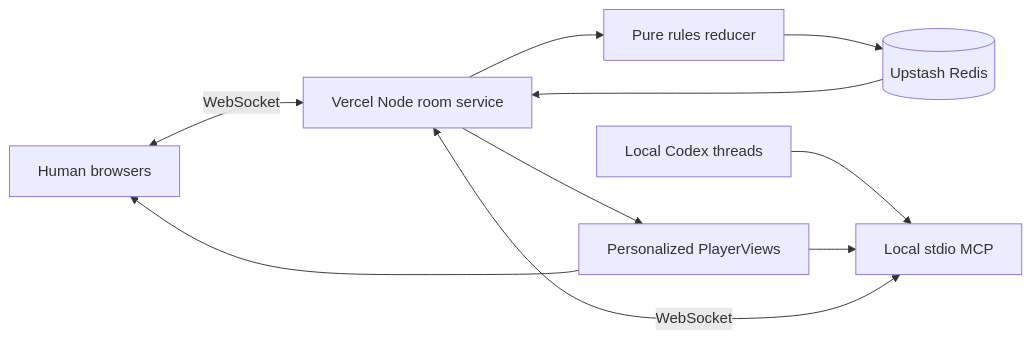
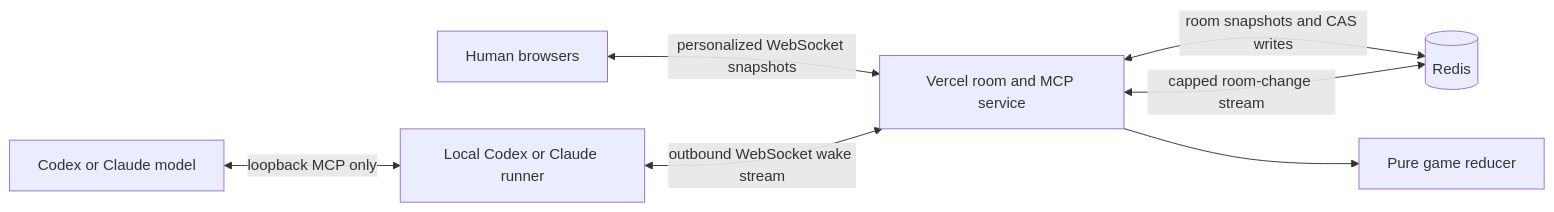
The diagram in docs/ARCHITECTURE.md (nawwwal/katan-agents), drawn with Mermaid before and after one commit. The commit also changed other lines of this file and 23 other files, not shown here.

Commit message:
feat: ship hosted MCP and live agent runner

````diff
--- a/docs/ARCHITECTURE.md
+++ b/docs/ARCHITECTURE.md
@@ -9,12 +12,9 @@
-```mermaid
+~~~mermaid
 flowchart LR
-  Humans[Human browsers] <-->|WebSocket| Server[Vercel Node room service]
-  Codex[Local Codex threads] --> MCP[Local stdio MCP]
-  MCP <-->|WebSocket| Server
-  Server --> Engine[Pure rules reducer]
-  Engine --> Redis[(Upstash Redis)]
-  Redis --> Server
-  Server --> Views[Personalized PlayerViews]
-  Views --> Humans
-  Views --> MCP
-```
+  H[Human browsers] <-->|personalized WebSocket snapshots| V[Vercel room and MCP service]
+  R[Local Codex or Claude runner] <-->|outbound WebSocket wake stream| V
+  M[Codex or Claude model] <-->|loopback MCP only| R
+  V <-->|room snapshots and CAS writes| D[(Redis)]
+  V <-->|capped room-change stream| D
+  V --> E[Pure game reducer]
+~~~
````
